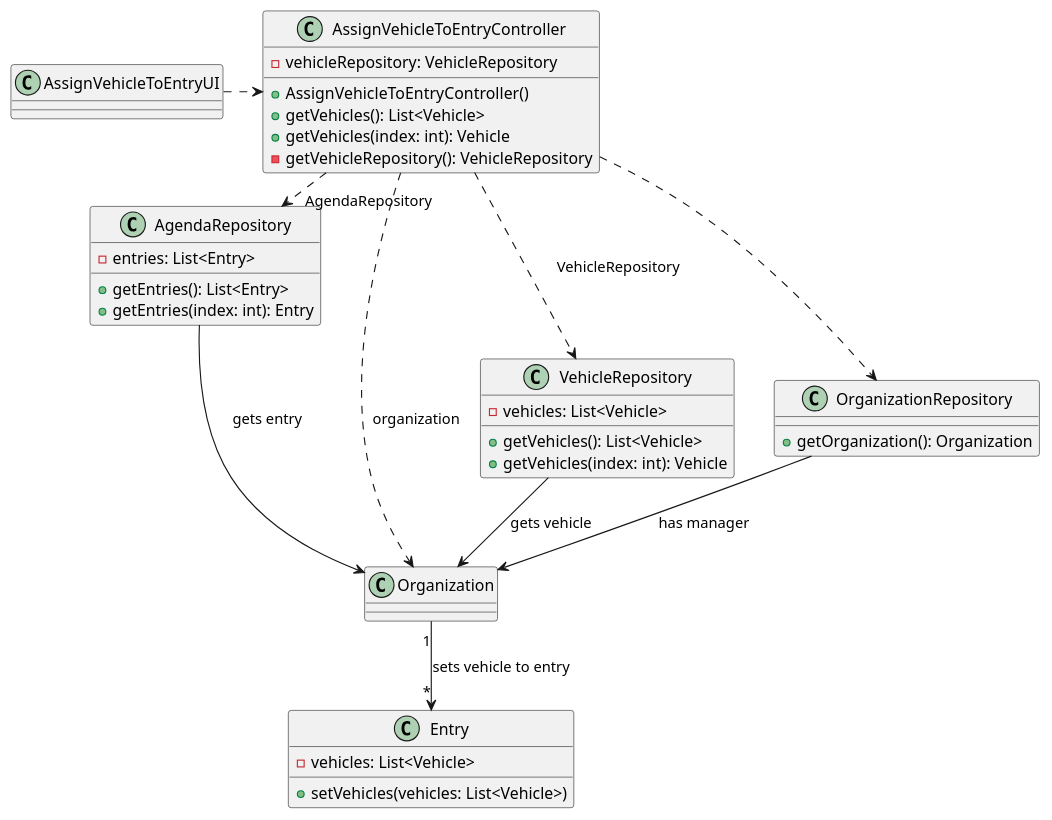
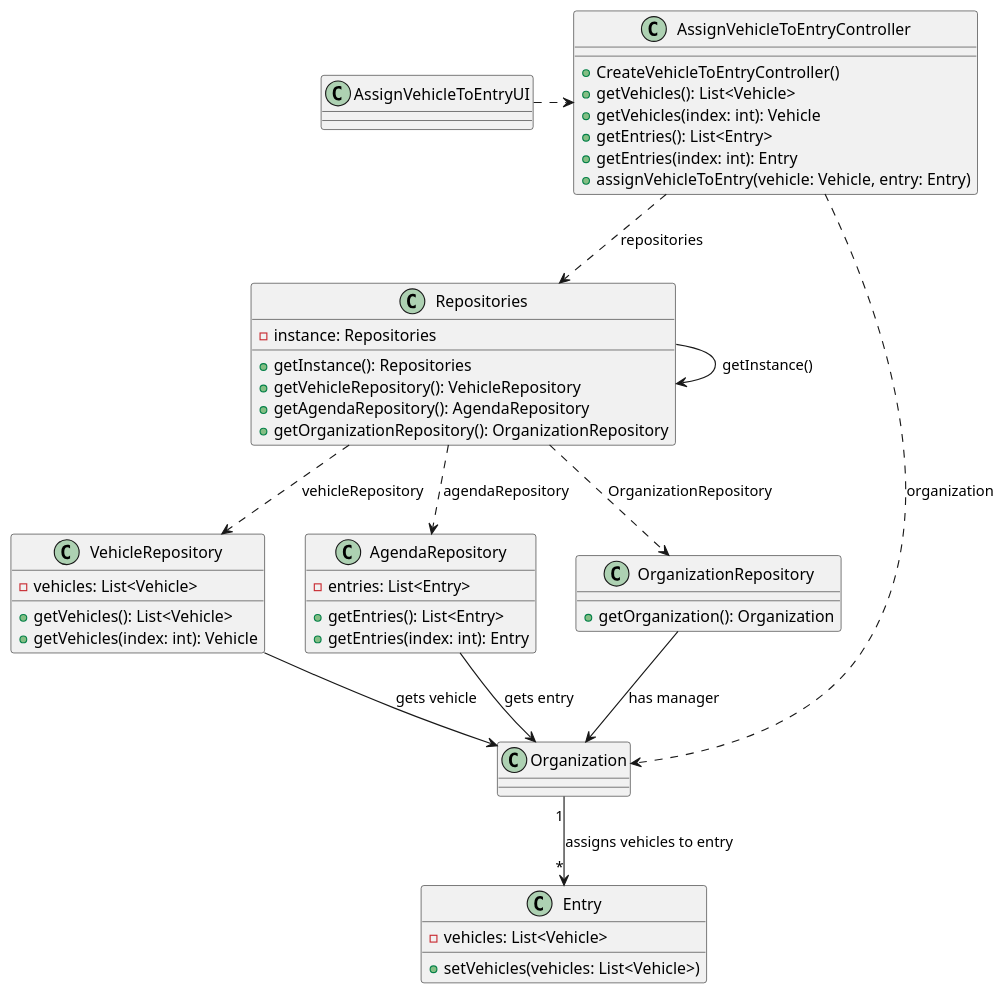
One commit to Departamento-de-Engenharia-Informatica/lei-24-s2-1df-1de-g063 changed the diagram in docs/SprintC/us26/03.design/puml/us26-class-diagram.puml. Above: the diagram before and after it, drawn with PlantUML. The commit also changed 3 other files, not shown here.

```diff
--- a/docs/SprintC/us26/03.design/puml/us26-class-diagram.puml
+++ b/docs/SprintC/us26/03.design/puml/us26-class-diagram.puml
@@ -1,50 +1,60 @@
 @startuml
 
 class AssignVehicleToEntryController {
-    -vehicleRepository: VehicleRepository
-    +AssignVehicleToEntryController()
+   +CreateVehicleToEntryController()
     +getVehicles(): List<Vehicle>
     +getVehicles(index: int): Vehicle
-    -getVehicleRepository(): VehicleRepository
+    +getEntries(): List<Entry>
+    +getEntries(index: int): Entry
+    +assignVehicleToEntry(vehicle: Vehicle, entry: Entry)
 }
 
 class AssignVehicleToEntryUI {
 
+}
+
+class Repositories {
+    -instance: Repositories
+    +getInstance(): Repositories
+    +getVehicleRepository(): VehicleRepository
+    +getAgendaRepository(): AgendaRepository
+    +getOrganizationRepository(): OrganizationRepository
 }
 
 class VehicleRepository {
     -vehicles: List<Vehicle>
     +getVehicles(): List<Vehicle>
     +getVehicles(index: int): Vehicle
 }
 
 class AgendaRepository {
     -entries: List<Entry>
     +getEntries(): List<Entry>
     +getEntries(index: int): Entry
 }
 
 class Entry {
     -vehicles: List<Vehicle>
     +setVehicles(vehicles: List<Vehicle>)
 }
 
-
 class Organization {
 }
 
 class OrganizationRepository{
     +getOrganization(): Organization
 }
 
 AssignVehicleToEntryUI .>  AssignVehicleToEntryController
-AssignVehicleToEntryController  ..>  VehicleRepository : VehicleRepository
-AssignVehicleToEntryController  .> AgendaRepository : AgendaRepository
+AssignVehicleToEntryController  ..>  Repositories : repositories
+Repositories ..> VehicleRepository : vehicleRepository
+Repositories ..> AgendaRepository : agendaRepository
+Repositories -> Repositories : getInstance()
 VehicleRepository  -->  Organization : gets vehicle
-AssignVehicleToEntryController  ..>  OrganizationRepository
+Repositories  ..>  OrganizationRepository : OrganizationRepository
 OrganizationRepository  -->  Organization : has manager
 AgendaRepository  -->  Organization : gets entry
-Organization "1" --> "*" Entry : sets vehicle to entry
+Organization "1" --> "*" Entry : assigns vehicles to entry
 AssignVehicleToEntryController  .>  Organization : organization
 
 @enduml
```
